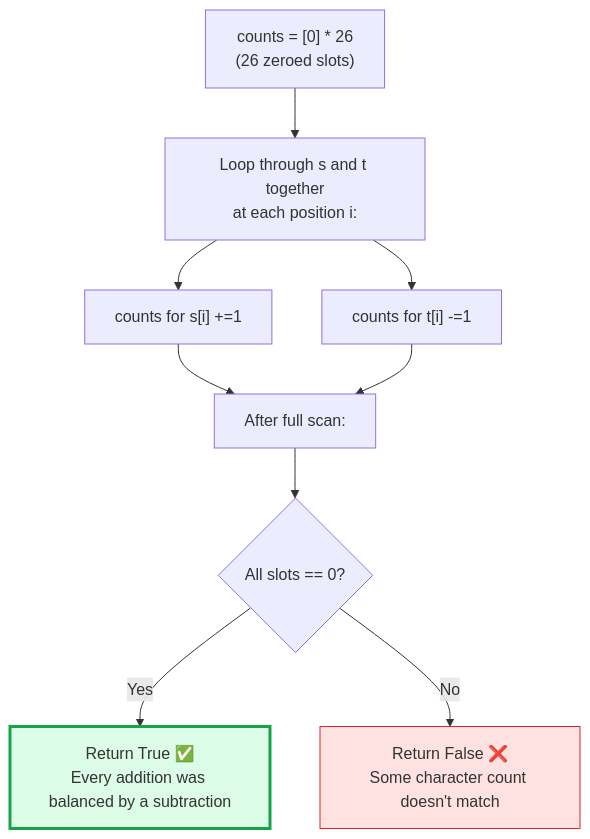
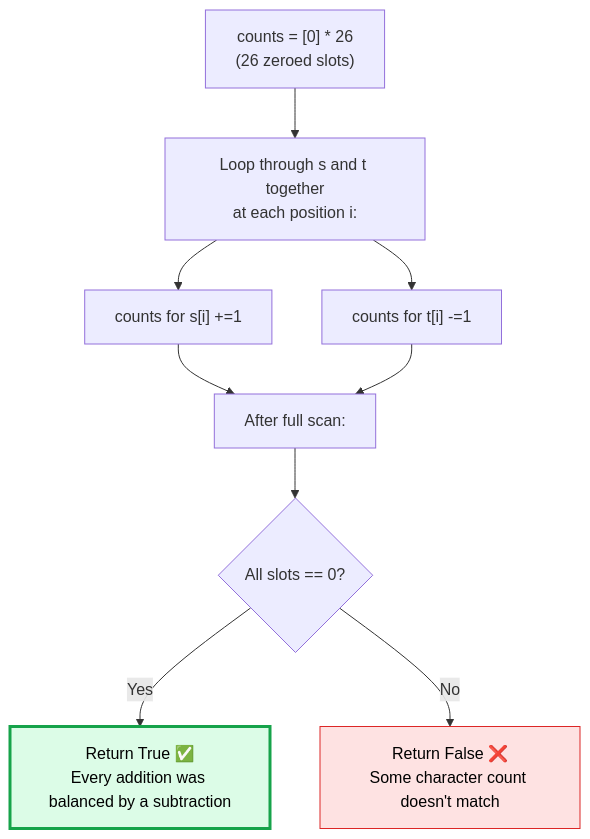
One commit to M-F-Tushar/LeetCode-Problem-Solving changed the ninth of 15 diagrams in 03 - Valid Anagram/README.md. Above: the diagram before and after it, drawn with Mermaid. The commit also changed other lines of this file, not shown here.

````diff
--- a/03 - Valid Anagram/README.md
+++ b/03 - Valid Anagram/README.md
@@ -274,14 +273,14 @@
 ```mermaid
 flowchart TD
     A["counts = [0] * 26\n(26 zeroed slots)"] --> B["Loop through s and t together\nat each position i:"]
     B --> C["counts for s[i]  +=1"]
     B --> D["counts for t[i]  -=1"]
     C --> E["After full scan:"]
     D --> E
     E --> F{"All slots == 0?"}
     F -- Yes --> G["Return True ✅\nEvery addition was balanced by a subtraction"]
     F -- No  --> H["Return False ❌\nSome character count doesn't match"]
 
-    style G fill:#dcfce7,stroke:#16a34a,stroke-width:3px
-    style H fill:#fee2e2,stroke:#dc2626
+    style G fill:#dcfce7,stroke:#16a34a,stroke-width:3px,color:#000000
+    style H fill:#fee2e2,stroke:#dc2626,color:#000000
 ```
````
